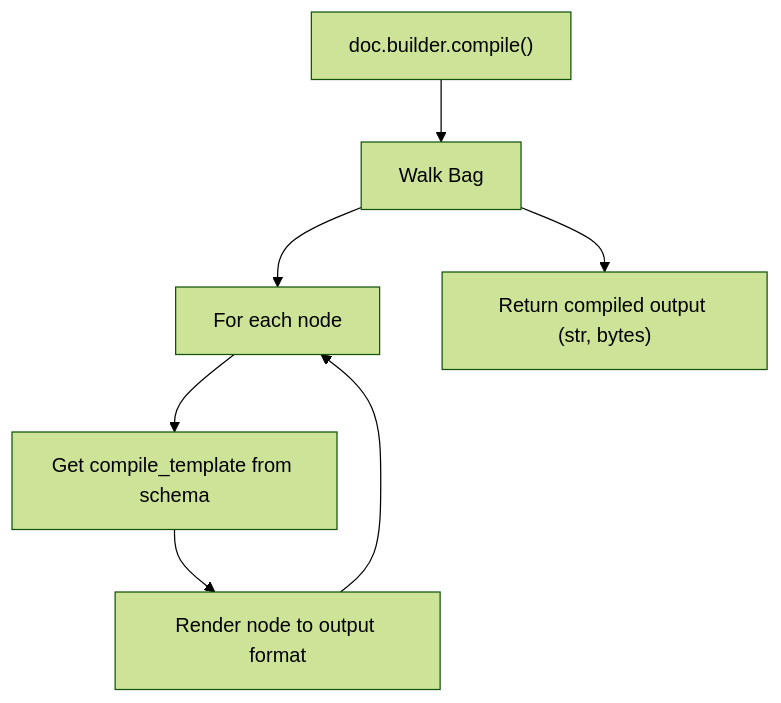
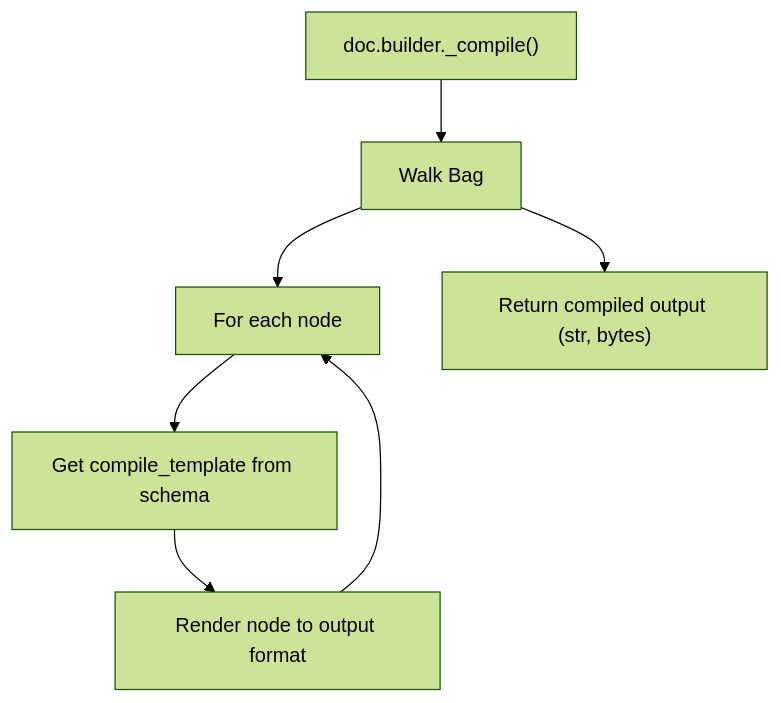
One commit to genropy/genro-builders changed the third of 3 diagrams in docs/builders/architecture.md. Above: the diagram before and after it, drawn with Mermaid (forest theme). The commit also changed other lines of this file and 16 other files, not shown here.

````diff
--- a/docs/builders/architecture.md
+++ b/docs/builders/architecture.md
@@ -35,9 +35,9 @@
 ```{mermaid}
 flowchart TB
-    A["doc.builder.compile()"] --> B[Walk Bag]
+    A["doc.builder._compile()"] --> B[Walk Bag]
     B --> C[For each node]
     C --> D[Get compile_template from schema]
     D --> E[Render node to output format]
     E --> C
     B --> F["Return compiled output (str, bytes)"]
 ```
````
